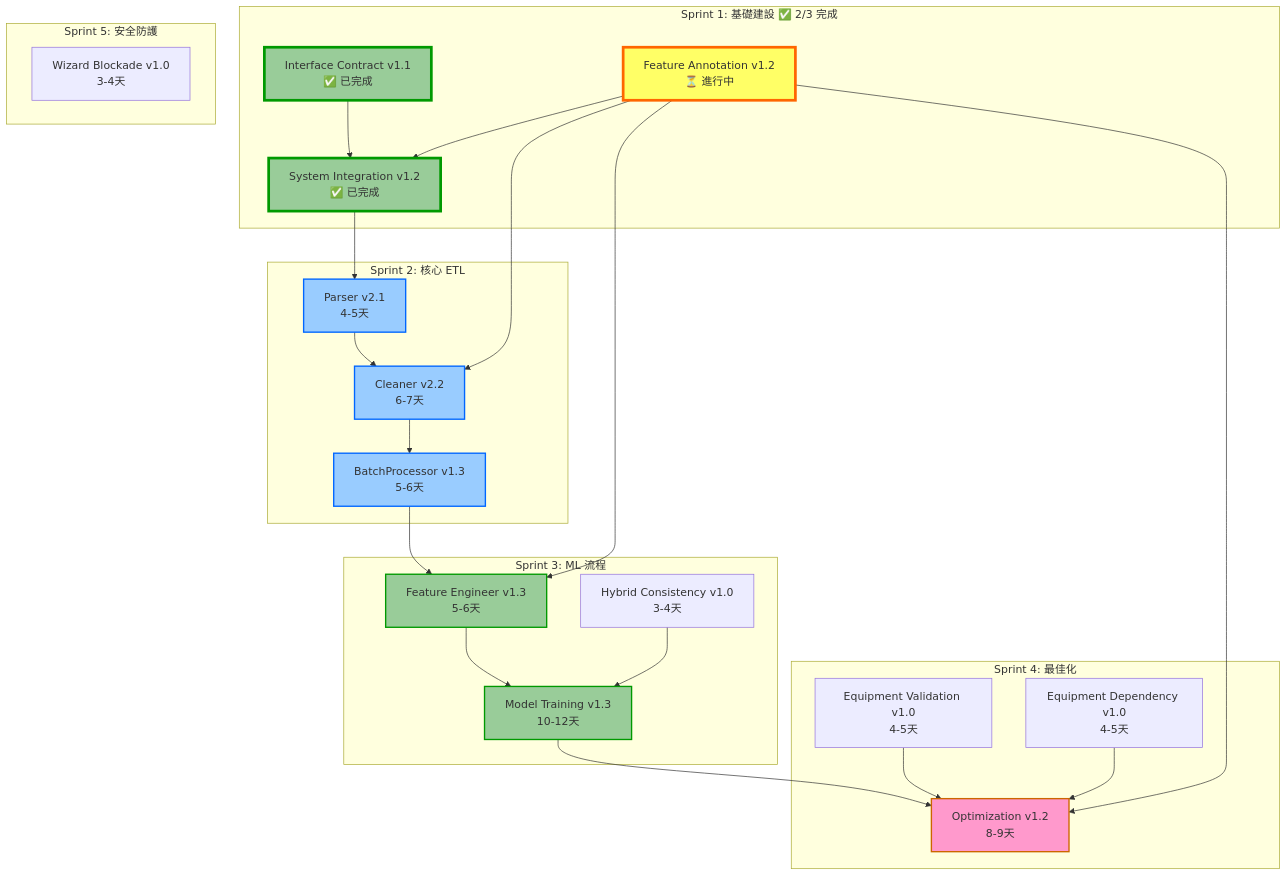
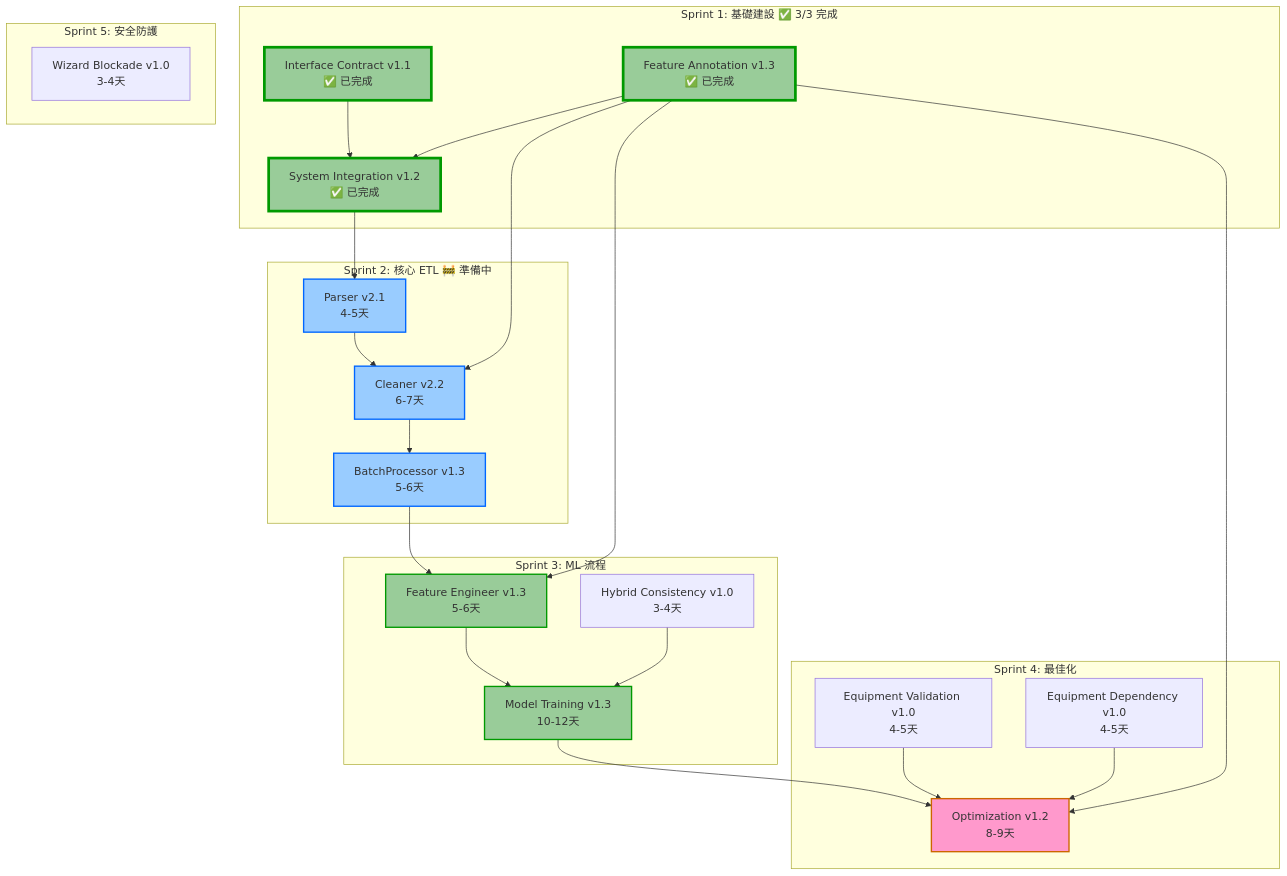
The diagram in docs/專案任務排程/專案任務排程文件.md (oscar120601/HVAC_Analytics), drawn with Mermaid before and after one commit. The commit also changed other lines of this file and 25 other files, not shown here.

````diff
--- a/docs/專案任務排程/專案任務排程文件.md
+++ b/docs/專案任務排程/專案任務排程文件.md
@@ -37,42 +37,42 @@
 ```mermaid
 graph TD
-    subgraph "Sprint 1: 基礎建設 ✅ 2/3 完成"
+    subgraph "Sprint 1: 基礎建設 ✅ 3/3 完成"
         IC[Interface Contract v1.1<br/>✅ 已完成] --> SI[System Integration v1.2<br/>✅ 已完成]
-        FA[Feature Annotation v1.2<br/>⏳ 進行中] --> SI
+        FA[Feature Annotation v1.3<br/>✅ 已完成] --> SI
     end
     
-    subgraph "Sprint 2: 核心 ETL"
+    subgraph "Sprint 2: 核心 ETL 🚧 準備中"
         SI --> Parser[Parser v2.1<br/>4-5天]
         FA --> Cleaner[Cleaner v2.2<br/>6-7天]
         Parser --> Cleaner
         Cleaner --> BP[BatchProcessor v1.3<br/>5-6天]
     end
     
     subgraph "Sprint 3: ML 流程"
         BP --> FE[Feature Engineer v1.3<br/>5-6天]
         FA --> FE
         FE --> MT[Model Training v1.3<br/>10-12天]
         HC[Hybrid Consistency v1.0<br/>3-4天] --> MT
     end
     
     subgraph "Sprint 4: 最佳化"
         MT --> OPT[Optimization v1.2<br/>8-9天]
         FA --> OPT
         EV[Equipment Validation v1.0<br/>4-5天] --> OPT
         ED[Equipment Dependency v1.0<br/>4-5天] --> OPT
     end
     
     subgraph "Sprint 5: 安全防護"
         WTB[Wizard Blockade v1.0<br/>3-4天]
     end
     
     style IC fill:#9c9,stroke:#090,stroke-width:4px
     style SI fill:#9c9,stroke:#090,stroke-width:4px
-    style FA fill:#ff6,stroke:#f60,stroke-width:4px
+    style FA fill:#9c9,stroke:#090,stroke-width:4px
     style Parser fill:#9cf,stroke:#06f,stroke-width:2px
     style Cleaner fill:#9cf,stroke:#06f,stroke-width:2px
     style BP fill:#9cf,stroke:#06f,stroke-width:2px
     style FE fill:#9c9,stroke:#090,stroke-width:2px
     style MT fill:#9c9,stroke:#090,stroke-width:2px
     style OPT fill:#f9c,stroke:#c60,stroke-width:2px
 ```
````
